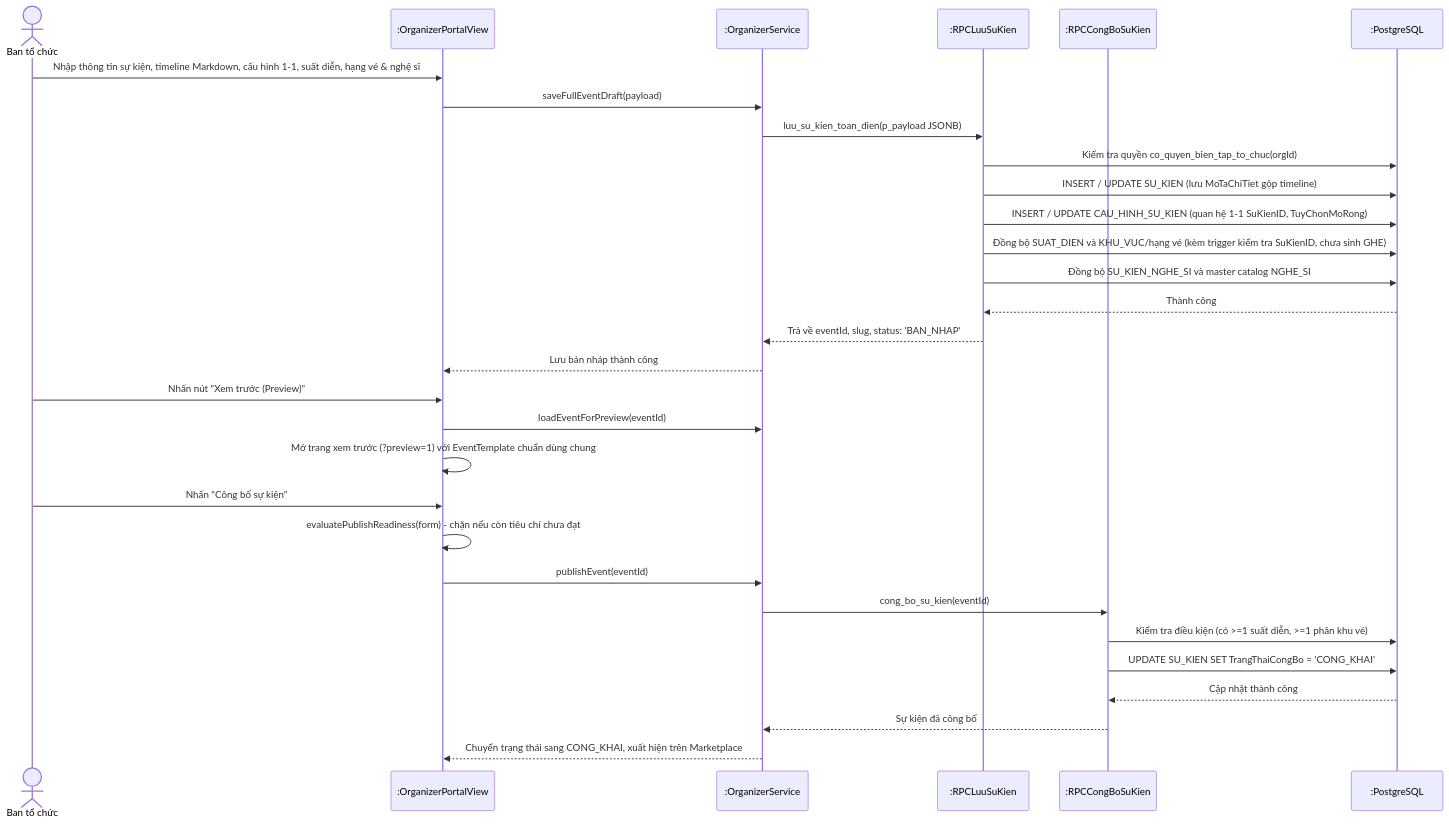
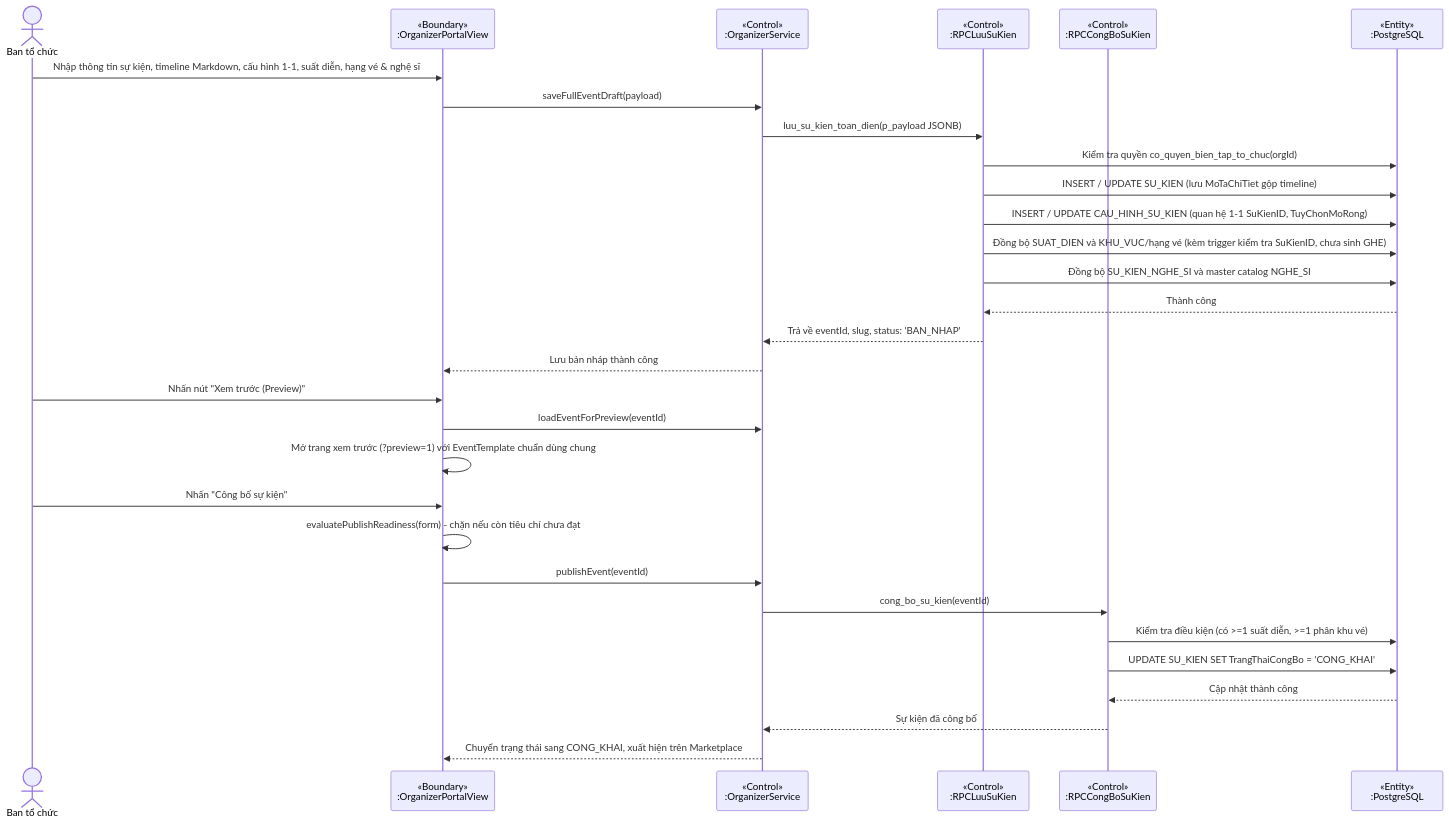
One commit to minhdc2011/EVENTTICKETING changed diagram 13 of 16 in docs/sprint1-deliverables/02_ANALYSIS_AND_SYSTEM_DESIGN.md. Above: the diagram before and after it, drawn with Mermaid. The commit also changed other lines of this file, not shown here.

Commit message:
docs: add BCE stereotypes to sequence diagram lifelines

````diff
--- a/docs/sprint1-deliverables/02_ANALYSIS_AND_SYSTEM_DESIGN.md
+++ b/docs/sprint1-deliverables/02_ANALYSIS_AND_SYSTEM_DESIGN.md
@@ -924,35 +926,35 @@
 ```mermaid
 sequenceDiagram
   actor O as Ban tổ chức
-  participant UI as :OrganizerPortalView
-  participant OS as :OrganizerService
-  participant RPC_SAVE as :RPCLuuSuKien
-  participant RPC_PUB as :RPCCongBoSuKien
-  participant DB as :PostgreSQL
+  participant UI as «Boundary»<br/>:OrganizerPortalView
+  participant OS as «Control»<br/>:OrganizerService
+  participant RPC_SAVE as «Control»<br/>:RPCLuuSuKien
+  participant RPC_PUB as «Control»<br/>:RPCCongBoSuKien
+  participant DB as «Entity»<br/>:PostgreSQL
 
   O->>UI: Nhập thông tin sự kiện, timeline Markdown, cấu hình 1-1, suất diễn, hạng vé & nghệ sĩ
   UI->>OS: saveFullEventDraft(payload)
   OS->>RPC_SAVE: luu_su_kien_toan_dien(p_payload JSONB)
   RPC_SAVE->>DB: Kiểm tra quyền co_quyen_bien_tap_to_chuc(orgId)
   RPC_SAVE->>DB: INSERT / UPDATE SU_KIEN (lưu MoTaChiTiet gộp timeline)
   RPC_SAVE->>DB: INSERT / UPDATE CAU_HINH_SU_KIEN (quan hệ 1-1 SuKienID, TuyChonMoRong)
   RPC_SAVE->>DB: Đồng bộ SUAT_DIEN và KHU_VUC/hạng vé (kèm trigger kiểm tra SuKienID, chưa sinh GHE)
   RPC_SAVE->>DB: Đồng bộ SU_KIEN_NGHE_SI và master catalog NGHE_SI
   DB-->>RPC_SAVE: Thành công
   RPC_SAVE-->>OS: Trả về eventId, slug, status: 'BAN_NHAP'
   OS-->>UI: Lưu bản nháp thành công
 
   O->>UI: Nhấn nút "Xem trước (Preview)"
   UI->>OS: loadEventForPreview(eventId)
   UI->>UI: Mở trang xem trước (?preview=1) với EventTemplate chuẩn dùng chung
 
   O->>UI: Nhấn "Công bố sự kiện"
   UI->>UI: evaluatePublishReadiness(form) - chặn nếu còn tiêu chí chưa đạt
   UI->>OS: publishEvent(eventId)
   OS->>RPC_PUB: cong_bo_su_kien(eventId)
   RPC_PUB->>DB: Kiểm tra điều kiện (có >=1 suất diễn, >=1 phân khu vé)
   RPC_PUB->>DB: UPDATE SU_KIEN SET TrangThaiCongBo = 'CONG_KHAI'
   DB-->>RPC_PUB: Cập nhật thành công
   RPC_PUB-->>OS: Sự kiện đã công bố
   OS-->>UI: Chuyển trạng thái sang CONG_KHAI, xuất hiện trên Marketplace
 ```
````
